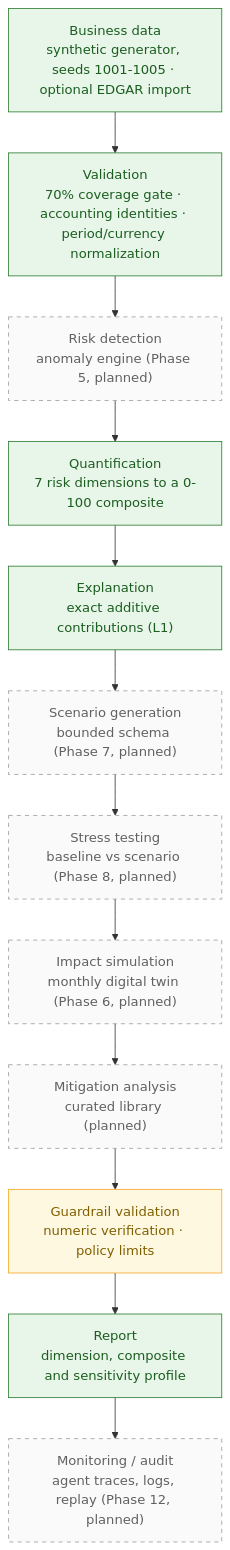
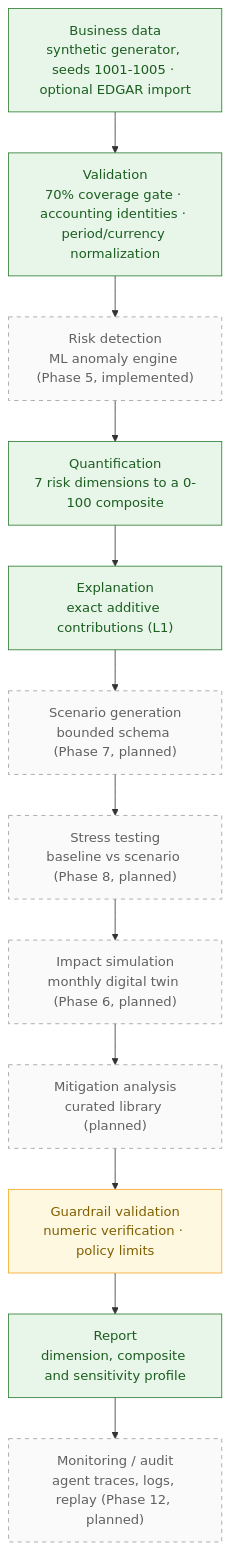
The first of 2 diagrams in README.md (SuryanshSharma500123597/Ai-Business-Risk), drawn with Mermaid before and after one commit. The commit also changed other lines of this file and 25 other files, not shown here.

First line of the commit message:
feat(ml): Phase 5 ML engine and repository cleanup

````diff
--- a/README.md
+++ b/README.md
@@ -82,22 +83,22 @@
 ```mermaid
 flowchart TD
     A["Business data<br/>synthetic generator, seeds 1001-1005 · optional EDGAR import"] --> B["Validation<br/>70% coverage gate · accounting identities · period/currency normalization"]
-    B --> C["Risk detection<br/>anomaly engine (Phase 5, planned)"]
+    B --> C["Risk detection<br/>ML anomaly engine (Phase 5, implemented)"]
     C --> D["Quantification<br/>7 risk dimensions to a 0-100 composite"]
     D --> E["Explanation<br/>exact additive contributions (L1)"]
     E --> F["Scenario generation<br/>bounded schema (Phase 7, planned)"]
     F --> G["Stress testing<br/>baseline vs scenario (Phase 8, planned)"]
     G --> H["Impact simulation<br/>monthly digital twin (Phase 6, planned)"]
     H --> I["Mitigation analysis<br/>curated library (planned)"]
     I --> J["Guardrail validation<br/>numeric verification · policy limits"]
     J --> K["Report<br/>dimension, composite and sensitivity profile"]
     K --> L["Monitoring / audit<br/>agent traces, logs, replay (Phase 12, planned)"]
 
     classDef done fill:#e8f5e9,stroke:#2e7d32,color:#1b5e20
     classDef partial fill:#fff8e1,stroke:#f9a825,color:#7f6000
     classDef planned fill:#fafafa,stroke:#9e9e9e,stroke-dasharray:5 5,color:#616161
 
     class A,B,D,E,K done
     class J partial
     class C,F,G,H,I,L planned
 ```
````
